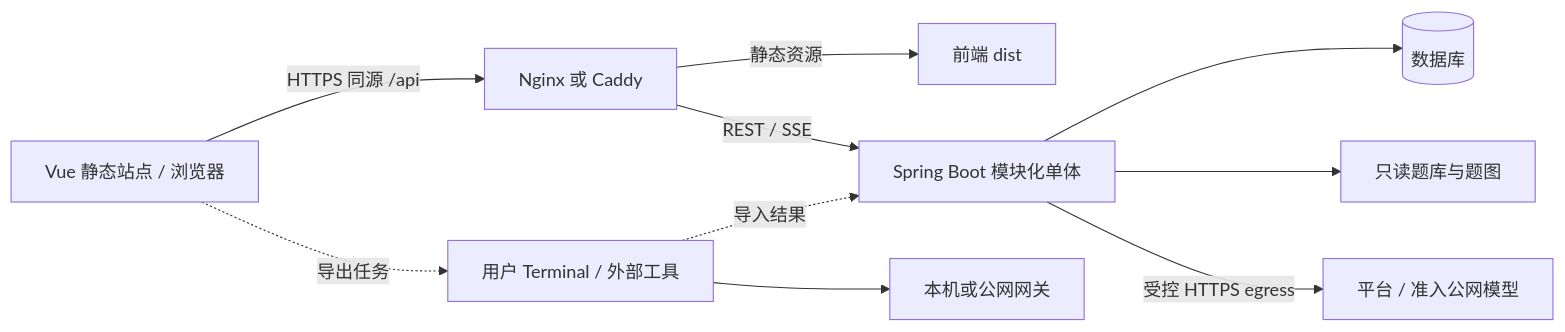
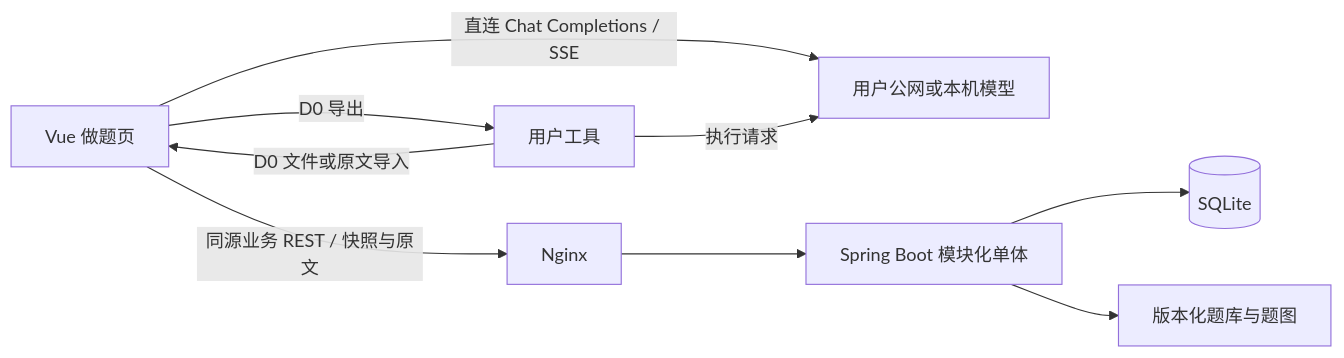
Before and after one commit to shiinapple/PromptLab: the first of 2 diagrams in docs/Prompt-Practice-产品与技术方案.md, drawn with Mermaid. The commit also changed other lines of this file, not shown here.

````diff
--- a/docs/Prompt-Practice-产品与技术方案.md
+++ b/docs/Prompt-Practice-产品与技术方案.md
@@ -324,12 +196,11 @@
 ```mermaid
 flowchart LR
-  B[Vue 静态站点 / 浏览器] -->|HTTPS 同源 /api| N[Nginx 或 Caddy]
-  N -->|静态资源| F[前端 dist]
-  N -->|REST / SSE| J[Spring Boot 模块化单体]
-  J --> DB[(数据库)]
-  J --> Q[只读题库与题图]
-  J -->|受控 HTTPS egress| M[平台 / 准入公网模型]
-  B -. 导出任务 .-> T[用户 Terminal / 外部工具]
-  T --> LM[本机或公网网关]
-  T -. 导入结果 .-> J
+  U[Vue 做题页] -->|直连 Chat Completions / SSE| M[用户公网或本机模型]
+  U -->|D0 导出| X[用户工具]
+  X -->|执行请求| M
+  X -->|D0 文件或原文导入| U
+  U -->|同源业务 REST / 快照与原文| N[Nginx]
+  N --> J[Spring Boot 模块化单体]
+  J --> D[(SQLite)]
+  J --> Q[版本化题库与题图]
 ```
````
